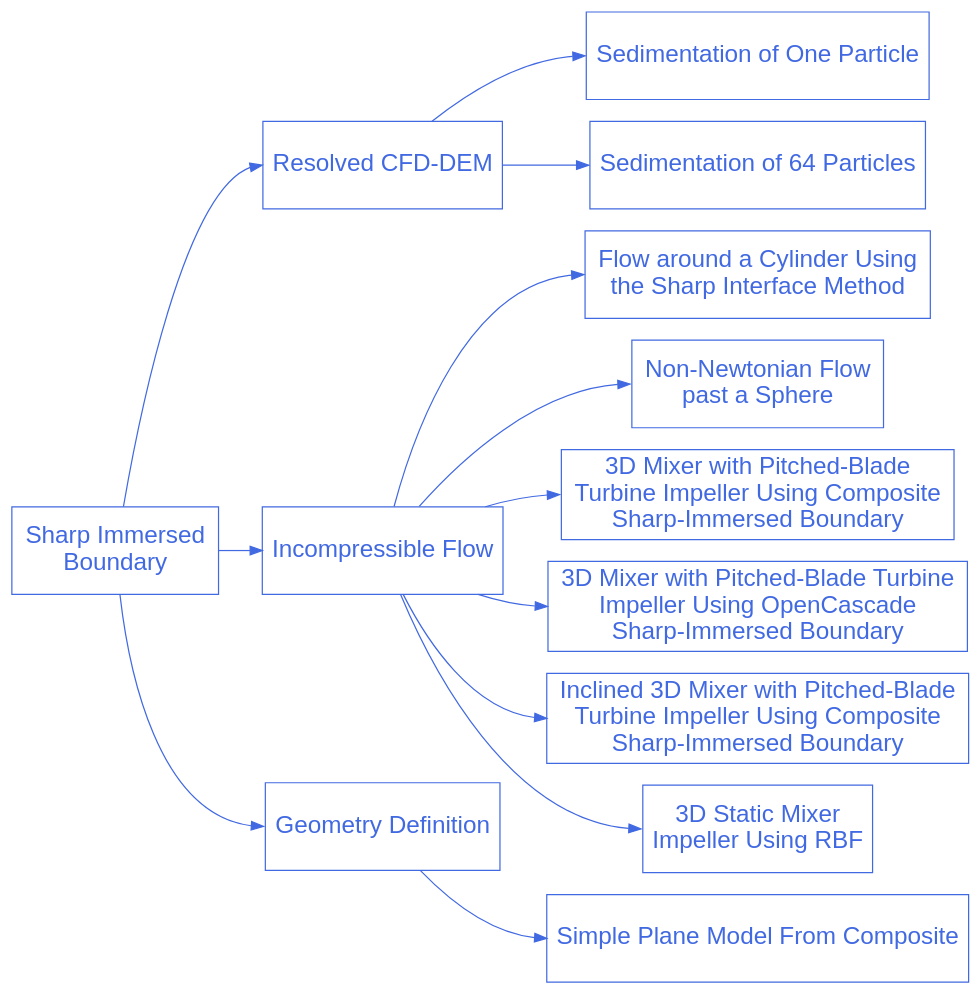
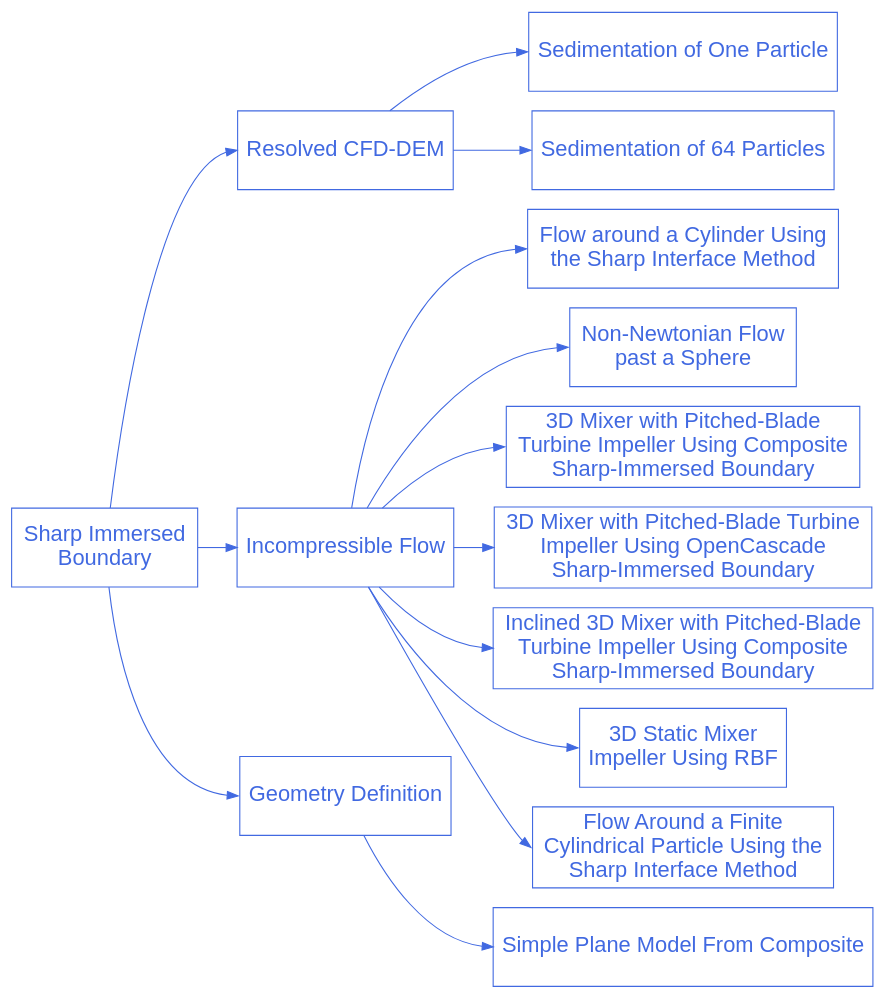
One commit to chaos-polymtl/lethe changed the diagram in doc/source/examples/sharp-immersed-boundary/sharp-immersed-boundary.rst. Above: the diagram before and after it, drawn with Graphviz. The commit also changed 2 other files, not shown here.

Commit message:
Updated .rst files for new sharp example

```diff
--- a/doc/source/examples/sharp-immersed-boundary/sharp-immersed-boundary.rst
+++ b/doc/source/examples/sharp-immersed-boundary/sharp-immersed-boundary.rst
@@ -14,49 +14,52 @@
 .. graphviz:: 
 
     digraph sharp_diagram {
       graph [bgcolor="transparent", align=true];
       node [fontname=Arial, fontsize=20, shape=box, fontcolor=royalblue, color=royalblue, height=1];
       edge [color=royalblue];
       rankdir="LR";
       size = "9,9";
       
       sharp_immersed_boundary_solver [label="Sharp Immersed \nBoundary", href="https://chaos-polymtl.github.io/lethe/documentation/examples/sharp-immersed-boundary/sharp-immersed-boundary.html"];
 
       sharp_1 [label="Resolved CFD-DEM", href="https://chaos-polymtl.github.io/lethe/documentation/examples/sharp-immersed-boundary/resolved-cfd-dem.html"];
 
       sharp_1_1 [label="Sedimentation of One Particle", href="https://chaos-polymtl.github.io/lethe/documentation/examples/sharp-immersed-boundary/sedimentation-1-particle/sedimentation-1-particle.html"];
 
       sharp_1_2 [label="Sedimentation of 64 Particles", href="https://chaos-polymtl.github.io/lethe/documentation/examples/sharp-immersed-boundary/sedimentation-64-particles/sedimentation-64-particles.html"];
 
       sharp_2 [label="Incompressible Flow", href="https://chaos-polymtl.github.io/lethe/documentation/examples/sharp-immersed-boundary/incompressible-flow.html"];
 
       sharp_2_1 [label="Flow around a Cylinder Using \nthe Sharp Interface Method", href="https://chaos-polymtl.github.io/lethe/documentation/examples/sharp-immersed-boundary/cylinder-with-sharp-interface/cylinder-with-sharp-interface.html", tooltip="Flow around a cylinder using the sharp interface method"];
 
       sharp_2_2 [label="Non-Newtonian Flow \npast a Sphere", href="https://chaos-polymtl.github.io/lethe/documentation/examples/sharp-immersed-boundary/sphere-carreau-with-sharp-interface/sphere-carreau-with-sharp-interface.html", tooltip="Non-Newtonian flow past a sphere"];
 
       sharp_2_3 [label="3D Mixer with Pitched-Blade \nTurbine Impeller Using Composite \nSharp-Immersed Boundary", href="https://chaos-polymtl.github.io/lethe/documentation/examples/sharp-immersed-boundary/3d-composite-mixer-with-pbt-impeller/3d-composite-mixer-with-pbt-impeller.html", tooltip="3D Mixer with pitched-blade turbine impeller using Composite Sharp-immersed boundary"];
 
       sharp_2_4 [label="3D Mixer with Pitched-Blade Turbine \nImpeller Using OpenCascade \nSharp-Immersed Boundary", href="https://chaos-polymtl.github.io/lethe/documentation/examples/sharp-immersed-boundary/3d-opencascade-mixer-with-pbt-impeller/3d-opencascade-mixer-with-pbt-impeller.html", tooltip="3D Mixer with pitched-blade turbine impeller using OpenCascade Sharp-immersed boundary"];
 
       sharp_2_5 [label="Inclined 3D Mixer with Pitched-Blade \nTurbine Impeller Using Composite \nSharp-Immersed Boundary", href="https://chaos-polymtl.github.io/lethe/documentation/examples/sharp-immersed-boundary/inclined-3d-composite-mixer-with-pbt-impeller/inclined-3d-composite-mixer-with-pbt-impeller.html", tooltip="Inclined 3D mixer with pitched-blade turbine impeller using composite sharp-immersed boundary"];
       
       sharp_2_6 [label="3D Static Mixer \nImpeller Using RBF", href="https://chaos-polymtl.github.io/lethe/documentation/examples/sharp-immersed-boundary/3d-rbf-static-mixer/3d-rbf-static-mixer.html", tooltip="3D Static Mixer \nImpeller Using RBF Sharp-immersed boundary"];
+      
+      sharp_2_7 [label="Flow Around a Finite \nCylindrical Particle Using the \nSharp Interface Method", href="https://chaos-polymtl.github.io/lethe/documentation/examples/sharp-immersed-boundary/flow-around-particle-sharp/flow-around-particle-sharp.html", tooltop = "Flow Around a Finite \nCylindrical Particle Using the \nSharp Interface Method"]
 
       sharp_3 [label="Geometry Definition", href="https://chaos-polymtl.github.io/lethe/documentation/examples/sharp-immersed-boundary/geometry-definition.html"];
 
       sharp_3_1 [label="Simple Plane Model From Composite", href="https://chaos-polymtl.github.io/lethe/documentation/examples/sharp-immersed-boundary/sharp-immersed-boundary/simple-plane-model-from-composite.html", tooltip="Simple Plane Model From Composite"];
 
       sharp_immersed_boundary_solver -> sharp_1:w;
       sharp_immersed_boundary_solver -> sharp_2:w;
       sharp_immersed_boundary_solver -> sharp_3:w;
 
       sharp_1 -> sharp_1_1:w;
       sharp_1 -> sharp_1_2:w;
       sharp_2 -> sharp_2_1:w;
       sharp_2 -> sharp_2_2:w;
       sharp_2 -> sharp_2_3:w;
       sharp_2 -> sharp_2_4:w;
       sharp_2 -> sharp_2_5:w;
       sharp_2 -> sharp_2_6:w;
+      sharp_2 -> sharp_2_7:w;
       sharp_3 -> sharp_3_1:w;
     }
```
